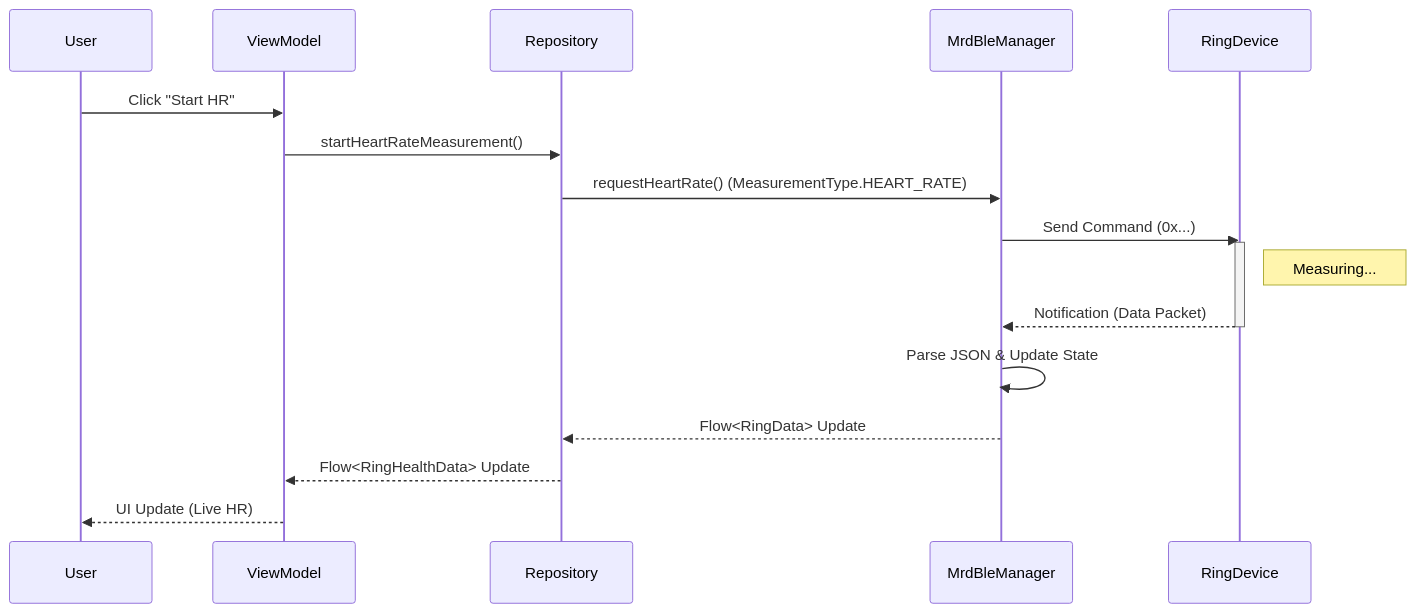
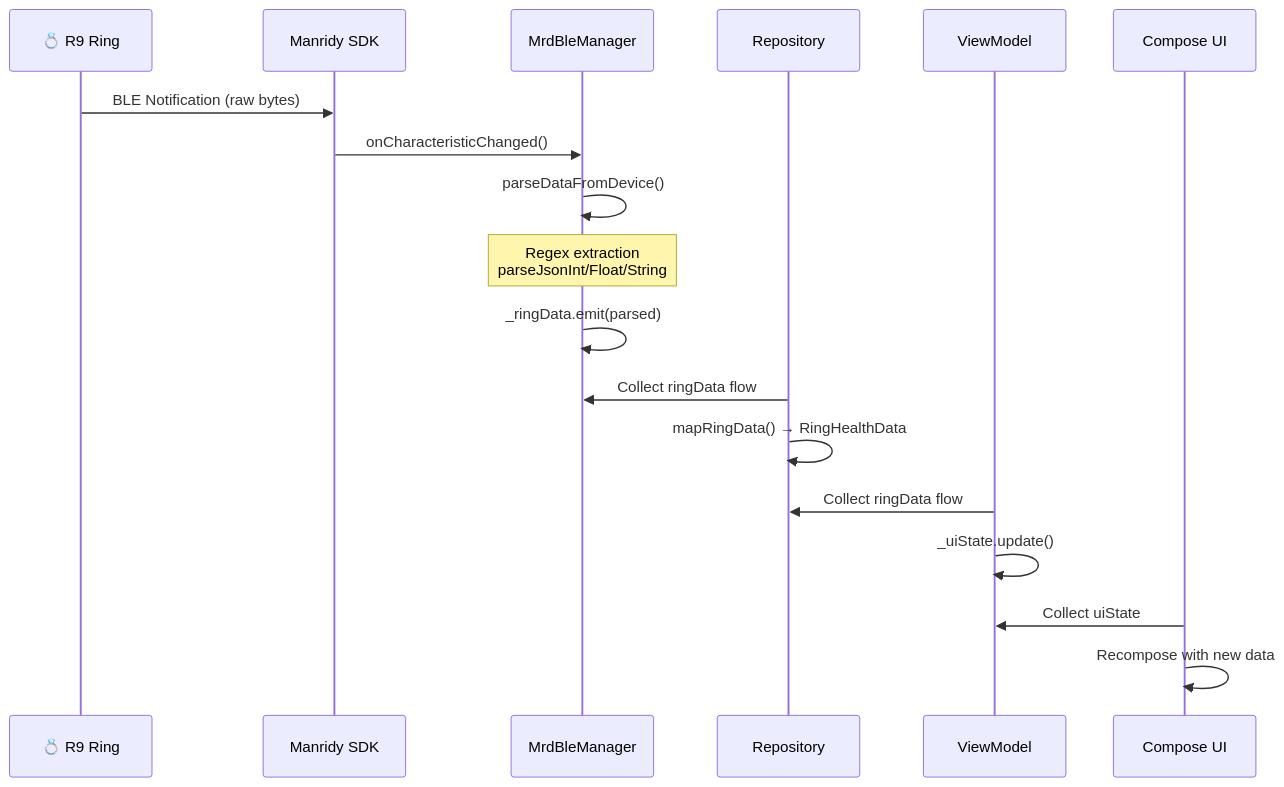
The second of 2 diagrams in README.md (soumya07ad/ble-ring-app), drawn with Mermaid before and after one commit. The commit also changed other lines of this file, not shown here.

Commit message:
docs: Add comprehensive professional README with architecture documentation

````diff
--- a/README.md
+++ b/README.md
@@ -41,21 +116,21 @@
 ```mermaid
 sequenceDiagram
-    participant User
-    participant ViewModel
-    participant Repository
-    participant MrdBleManager
-    participant RingDevice
+    participant Ring as 💍 R9 Ring
+    participant SDK as Manridy SDK
+    participant BLE as MrdBleManager
+    participant Repo as Repository
+    participant VM as ViewModel
+    participant UI as Compose UI
 
-    User->>ViewModel: Click "Start HR"
-    ViewModel->>Repository: startHeartRateMeasurement()
-    Repository->>MrdBleManager: requestHeartRate() (MeasurementType.HEART_RATE)
-    MrdBleManager->>RingDevice: Send Command (0x...)
-    activate RingDevice
-    Note right of RingDevice: Measuring...
-    RingDevice-->>MrdBleManager: Notification (Data Packet)
-    deactivate RingDevice
-    MrdBleManager->>MrdBleManager: Parse JSON & Update State
-    MrdBleManager-->>Repository: Flow<RingData> Update
-    Repository-->>ViewModel: Flow<RingHealthData> Update
-    ViewModel-->>User: UI Update (Live HR)
+    Ring->>SDK: BLE Notification (raw bytes)
+    SDK->>BLE: onCharacteristicChanged()
+    BLE->>BLE: parseDataFromDevice()
+    Note over BLE: Regex extraction<br/>parseJsonInt/Float/String
+    BLE->>BLE: _ringData.emit(parsed)
+    Repo->>BLE: Collect ringData flow
+    Repo->>Repo: mapRingData() → RingHealthData
+    VM->>Repo: Collect ringData flow
+    VM->>VM: _uiState.update()
+    UI->>VM: Collect uiState
+    UI->>UI: Recompose with new data
 ```
````
